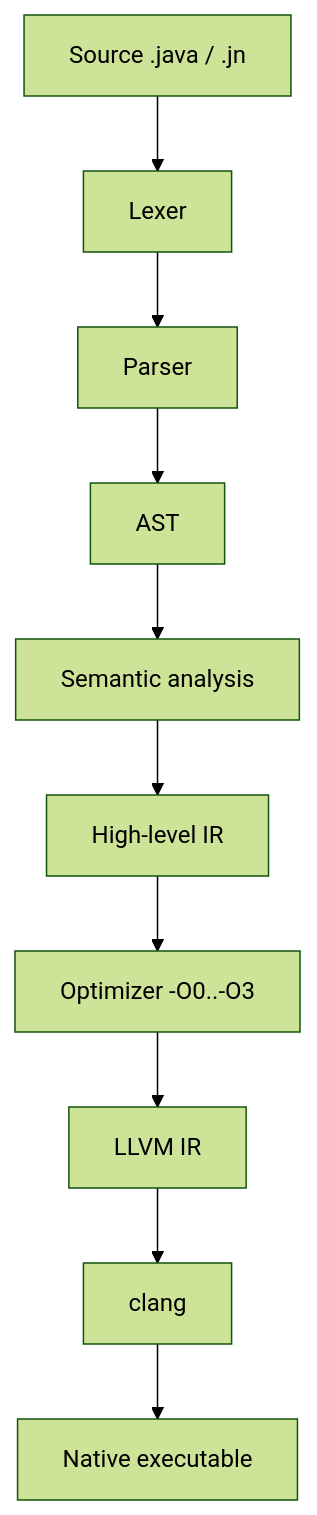
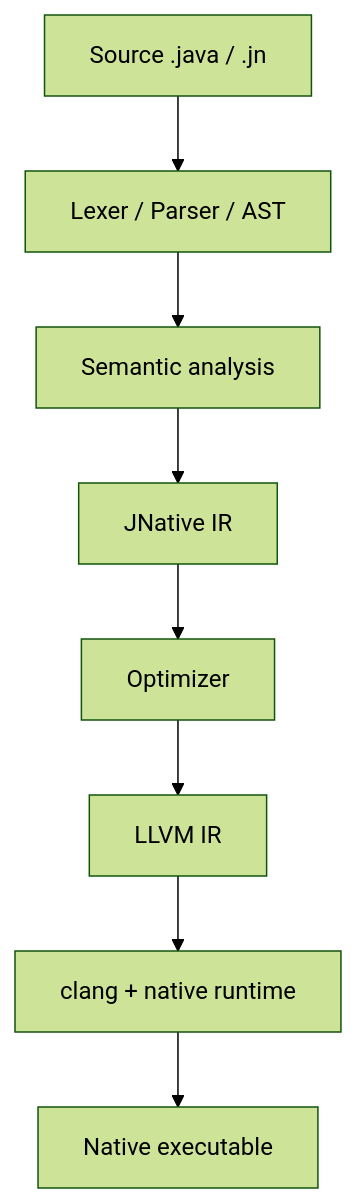
One commit to itcrown2010/jnative changed the diagram in README.md. Above: the diagram before and after it, drawn with Mermaid (forest theme). The commit also changed other lines of this file and 12 other files, not shown here.

````diff
--- a/README.md
+++ b/README.md
@@ -78,12 +71,10 @@
 ```mermaid
 flowchart TD
-  A[Source .java / .jn] --> B[Lexer]
-  B --> C[Parser]
-  C --> D[AST]
-  D --> E[Semantic analysis]
-  E --> F[High-level IR]
-  F --> G[Optimizer -O0..-O3]
-  G --> H[LLVM IR]
-  H --> I[clang]
-  I --> J[Native executable]
+  A[Source .java / .jn] --> B[Lexer / Parser / AST]
+  B --> C[Semantic analysis]
+  C --> D[JNative IR]
+  D --> E[Optimizer]
+  E --> F[LLVM IR]
+  F --> G[clang + native runtime]
+  G --> H[Native executable]
 ```
````
